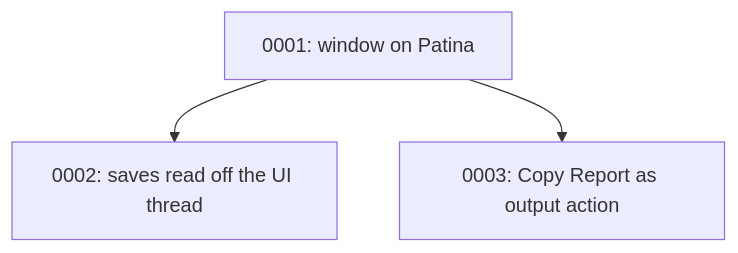
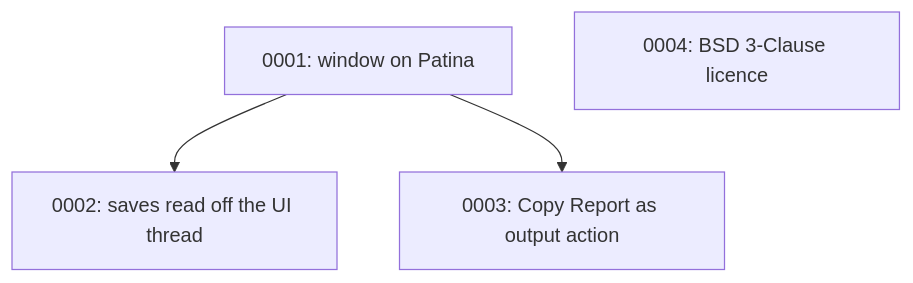
The diagram in docs/adr/README.md (divanvisagie/arcanaeum), drawn with Mermaid before and after one commit. The commit also changed other lines of this file and 4 other files, not shown here.

First line of the commit message:
Relicense from MIT to BSD 3-Clause

````diff
--- a/docs/adr/README.md
+++ b/docs/adr/README.md
@@ -51,5 +52,6 @@
 ```mermaid
 flowchart TD
     A[0001: window on Patina] --> B[0002: saves read off the UI thread]
     A --> C[0003: Copy Report as output action]
+    D[0004: BSD 3-Clause licence]
 ```
````
